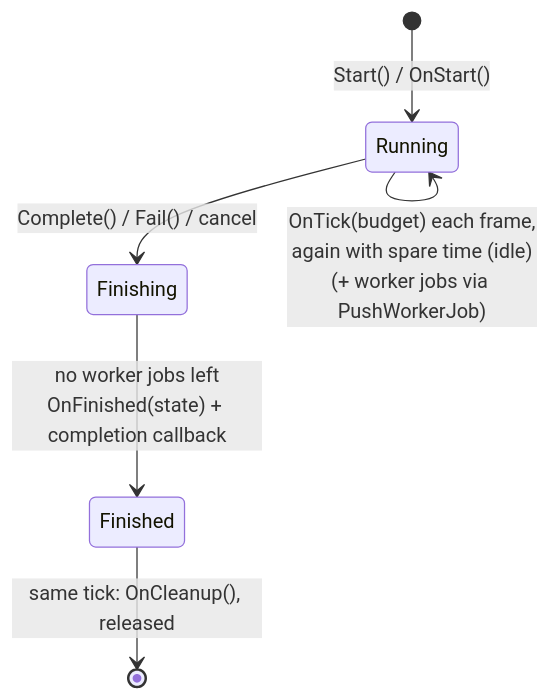
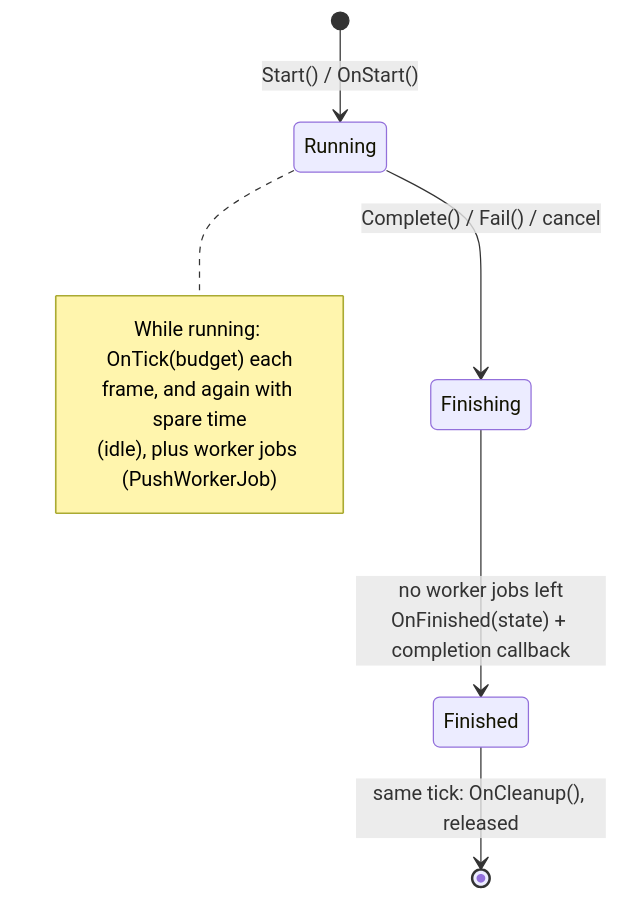
One commit to b1nary0/RZE changed the second of 3 diagrams in Docs/Generated/Engine/05-AssetPipeline/Asset-Import-Runtime.md. Above: the diagram before and after it, drawn with Mermaid. The commit also changed other lines of this file and 28 other files, not shown here.

First line of the commit message:
Docs: Windows harness mode, VS 2026, Linux Makefile, and Mermaid fixes

````diff
--- a/Docs/Generated/Engine/05-AssetPipeline/Asset-Import-Runtime.md
+++ b/Docs/Generated/Engine/05-AssetPipeline/Asset-Import-Runtime.md
@@ -103,9 +103,13 @@
 ```mermaid
-%%{init: {'flowchart': {'subGraphTitleMargin': {'top': 6, 'bottom': 10}}, 'themeCSS': '.labelBkg, .edgeLabel { background-color: var(--background-primary) !important; } .messageText, .labelText, .loopText { paint-order: stroke; stroke: var(--background-primary); stroke-width: 5px; stroke-linejoin: round; }'}}%%
+%%{init: {'flowchart': {'subGraphTitleMargin': {'top': 6, 'bottom': 10}}, 'themeCSS': '.labelBkg, .edgeLabel { background-color: var(--background-primary) !important; } .messageText, .labelText, .loopText { paint-order: stroke; stroke: var(--background-primary); stroke-width: 12px; stroke-linejoin: round; }'}}%%
 stateDiagram-v2
     [*] --> Running: Start() / OnStart()
-    Running --> Running: OnTick(budget) each frame,<br/>again with spare time (idle)<br/>(+ worker jobs via PushWorkerJob)
+    note right of Running
+    While running: OnTick(budget) each
+    frame, and again with spare time
+    (idle), plus worker jobs (PushWorkerJob)
+end note
     Running --> Finishing: Complete() / Fail() / cancel
     Finishing --> Finished: no worker jobs left<br/>OnFinished(state) + completion callback
     Finished --> [*]: same tick: OnCleanup(), released
 ```
````
